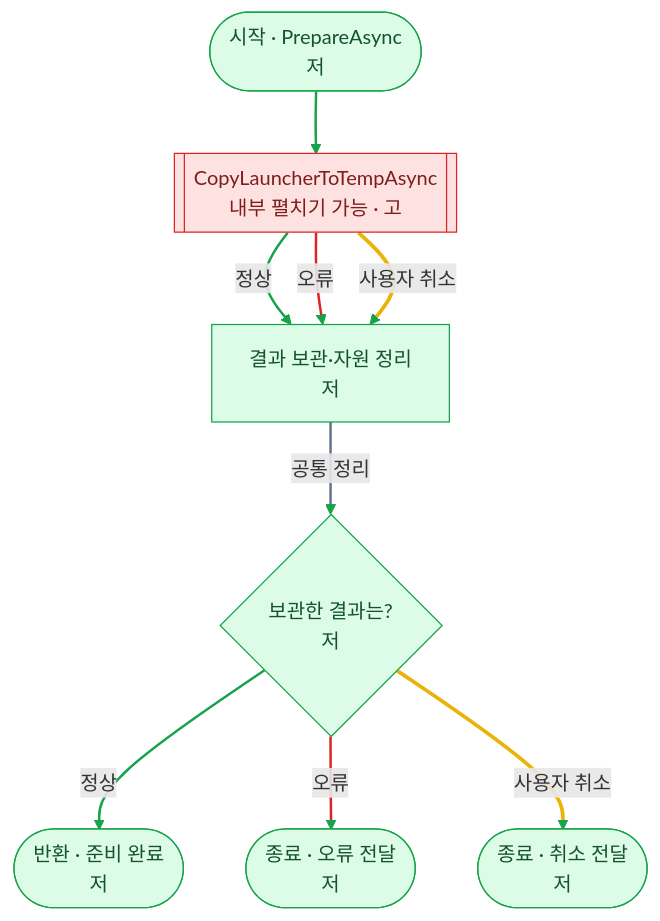
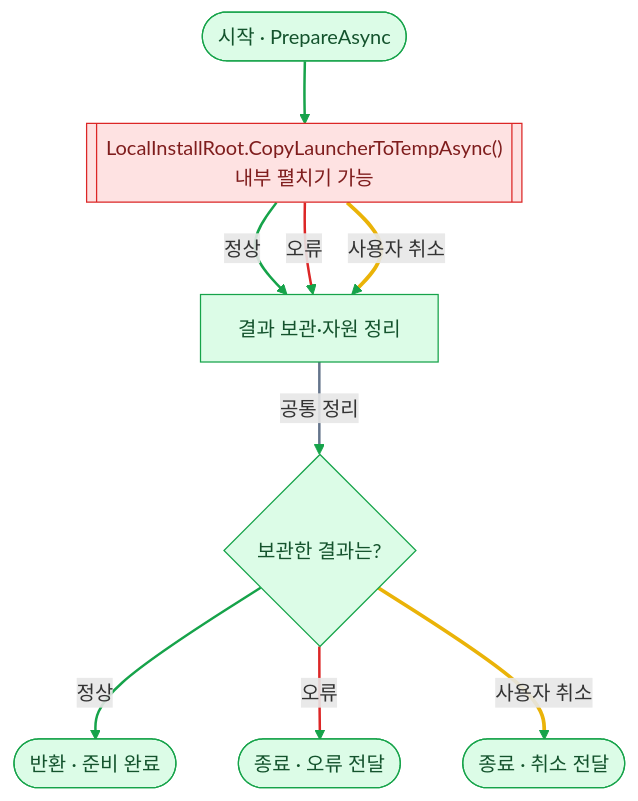
The third of 8 diagrams in skills/algorithm-flowchart/references/examples.md (ParkMinDev/AgentSkills), drawn with Mermaid before and after one commit. The commit also changed other lines of this file and 2 other files, not shown here.

Commit message:
Improve flowchart function titles and visibility notation

````diff
--- a/skills/algorithm-flowchart/references/examples.md
+++ b/skills/algorithm-flowchart/references/examples.md
@@ -76,19 +76,19 @@
 ```mermaid
 flowchart TD
-    START(["시작 · PrepareAsync<br/>저"]) --> CALL[["CopyLauncherToTempAsync<br/>내부 펼치기 가능 · 고"]]
-    CALL -->|정상| CLEAN["결과 보관·자원 정리<br/>저"]
+    START(["시작 · PrepareAsync"]) --> CALL[["LocalInstallRoot.CopyLauncherToTempAsync()<br/>내부 펼치기 가능"]]
+    CALL -->|정상| CLEAN["결과 보관·자원 정리"]
     CALL -->|오류| CLEAN
     CALL -->|사용자 취소| CLEAN
-    CLEAN -->|공통 정리| RESULT{"보관한 결과는?<br/>저"}
-    RESULT -->|정상| DONE(["반환 · 준비 완료<br/>저"])
-    RESULT -->|오류| ERROR(["종료 · 오류 전달<br/>저"])
-    RESULT -->|사용자 취소| CANCEL(["종료 · 취소 전달<br/>저"])
+    CLEAN -->|공통 정리| RESULT{"보관한 결과는?"}
+    RESULT -->|정상| DONE(["반환 · 준비 완료"])
+    RESULT -->|오류| ERROR(["종료 · 오류 전달"])
+    RESULT -->|사용자 취소| CANCEL(["종료 · 취소 전달"])
     classDef low fill:#dcfce7,stroke:#16a34a,color:#14532d
     classDef high fill:#fee2e2,stroke:#dc2626,color:#7f1d1d
     class START,CLEAN,RESULT,DONE,ERROR,CANCEL low
     class CALL high
     linkStyle default stroke:#16A34A,stroke-width:2px
     linkStyle 2,6 stroke:#DC2626,stroke-width:2px
     linkStyle 3,7 stroke:#EAB308,stroke-width:3px
     linkStyle 4 stroke:#64748B,stroke-width:2px
 ```
````
